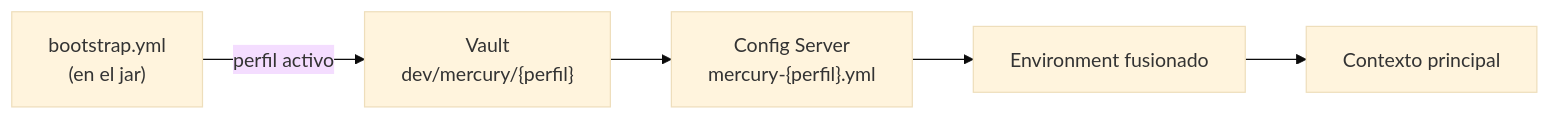
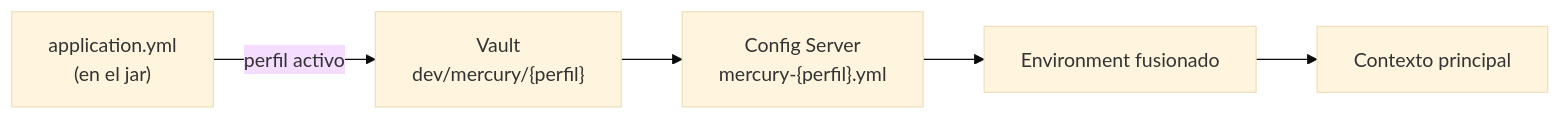
The first of 3 diagrams in docs/tec/es/06-configuracion-entornos.md (um-dev-creative/mercury), drawn with Mermaid (base theme) before and after one commit. The commit also changed other lines of this file and 20 other files, not shown here.

````diff
--- a/docs/tec/es/06-configuracion-entornos.md
+++ b/docs/tec/es/06-configuracion-entornos.md
@@ -28,7 +28,7 @@
 ```mermaid
 flowchart LR
-    BY["bootstrap.yml<br/>(en el jar)"] -->|perfil activo| Vault["Vault<br/>dev/mercury/{perfil}"]
+    BY["application.yml<br/>(en el jar)"] -->|perfil activo| Vault["Vault<br/>dev/mercury/{perfil}"]
     Vault --> CS["Config Server<br/>mercury-{perfil}.yml"]
     CS --> ENV["Environment fusionado"]
     ENV --> APP["Contexto principal"]
 ```
````
